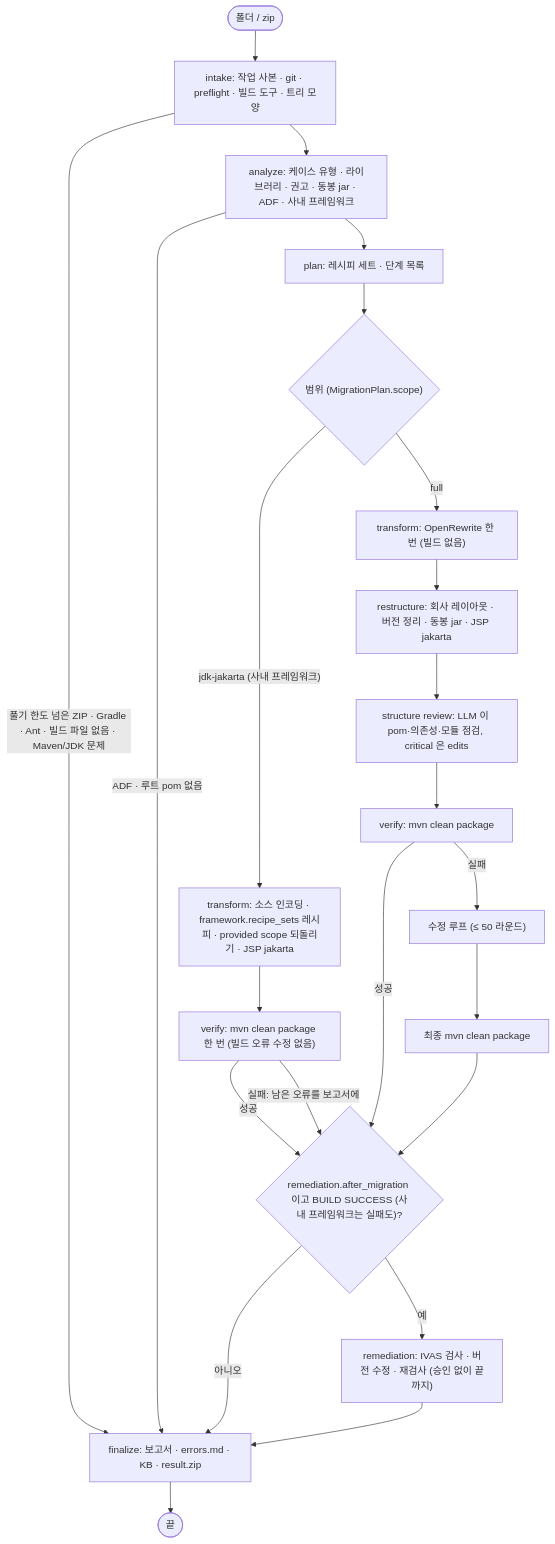
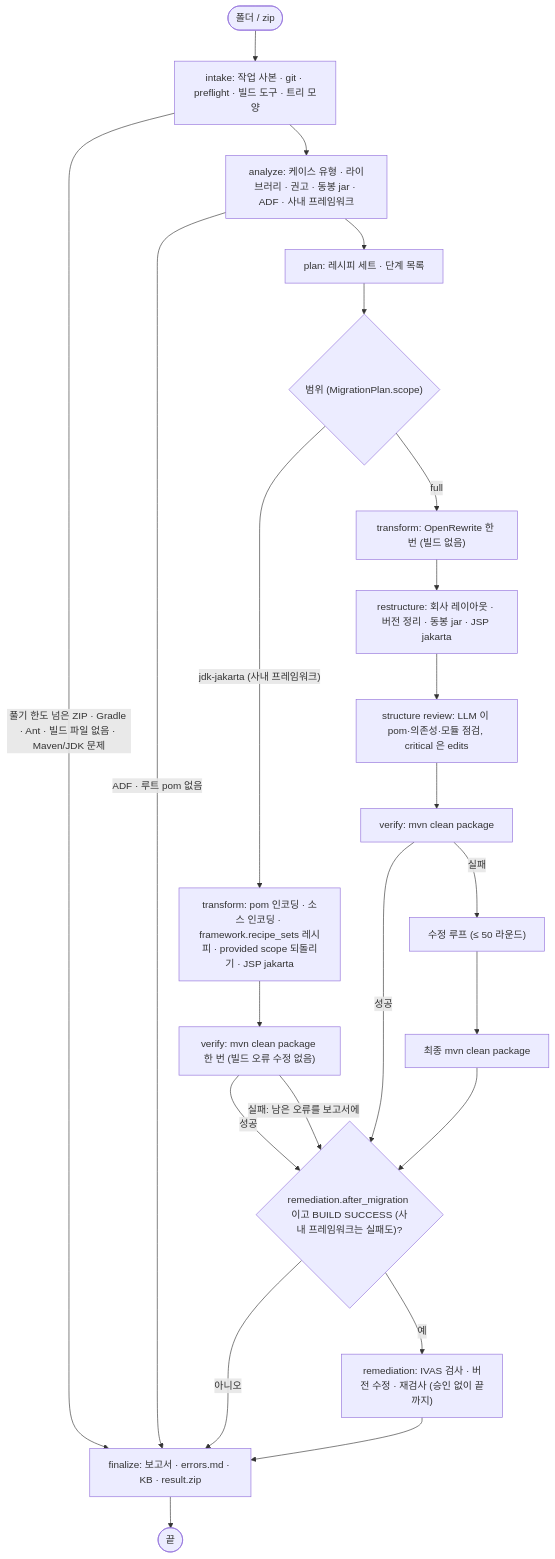
One commit to acandiatale/tutu changed the second of 8 diagrams in docs/migration-agent/README.md. Above: the diagram before and after it, drawn with Mermaid. The commit also changed other lines of this file and 95 other files, not shown here.

````diff
--- a/docs/migration-agent/README.md
+++ b/docs/migration-agent/README.md
@@ -99,25 +99,25 @@
 ```mermaid
 flowchart TD
   START(["폴더 / zip"]) --> INTAKE["intake: 작업 사본 · git · preflight · 빌드 도구 · 트리 모양"]
   INTAKE -->|"풀기 한도 넘은 ZIP · Gradle · Ant · 빌드 파일 없음 · Maven/JDK 문제"| FIN
   INTAKE --> ANALYZE["analyze: 케이스 유형 · 라이브러리 · 권고 · 동봉 jar · ADF · 사내 프레임워크"]
   ANALYZE -->|"ADF · 루트 pom 없음"| FIN
   ANALYZE --> PLAN["plan: 레시피 세트 · 단계 목록"]
   PLAN --> SC{"범위 (MigrationPlan.scope)"}
   SC -->|"full"| T["transform: OpenRewrite 한 번 (빌드 없음)"]
-  SC -->|"jdk-jakarta (사내 프레임워크)"| TF["transform: 소스 인코딩 · framework.recipe_sets 레시피 · provided scope 되돌리기 · JSP jakarta"]
+  SC -->|"jdk-jakarta (사내 프레임워크)"| TF["transform: pom 인코딩 · 소스 인코딩 · framework.recipe_sets 레시피 · provided scope 되돌리기 · JSP jakarta"]
   TF --> VO["verify: mvn clean package 한 번 (빌드 오류 수정 없음)"]
   VO -->|"성공"| REM
   VO -->|"실패: 남은 오류를 보고서에"| REM
   T --> R["restructure: 회사 레이아웃 · 버전 정리 · 동봉 jar · JSP jakarta"]
   R --> RV["structure review: LLM 이 pom·의존성·모듈 점검, critical 은 edits"]
   RV --> V["verify: mvn clean package"]
   V -->|"실패"| LOOP["수정 루프 (≤ 50 라운드)"]
   LOOP --> VF["최종 mvn clean package"]
   V -->|"성공"| REM{"remediation.after_migration 이고 BUILD SUCCESS (사내 프레임워크는 실패도)?"}
   VF --> REM
   REM -->|"예"| RM["remediation: IVAS 검사 · 버전 수정 · 재검사 (승인 없이 끝까지)"]
   REM -->|"아니오"| FIN["finalize: 보고서 · errors.md · KB · result.zip"]
   RM --> FIN
   FIN --> END(["끝"])
 ```
````
